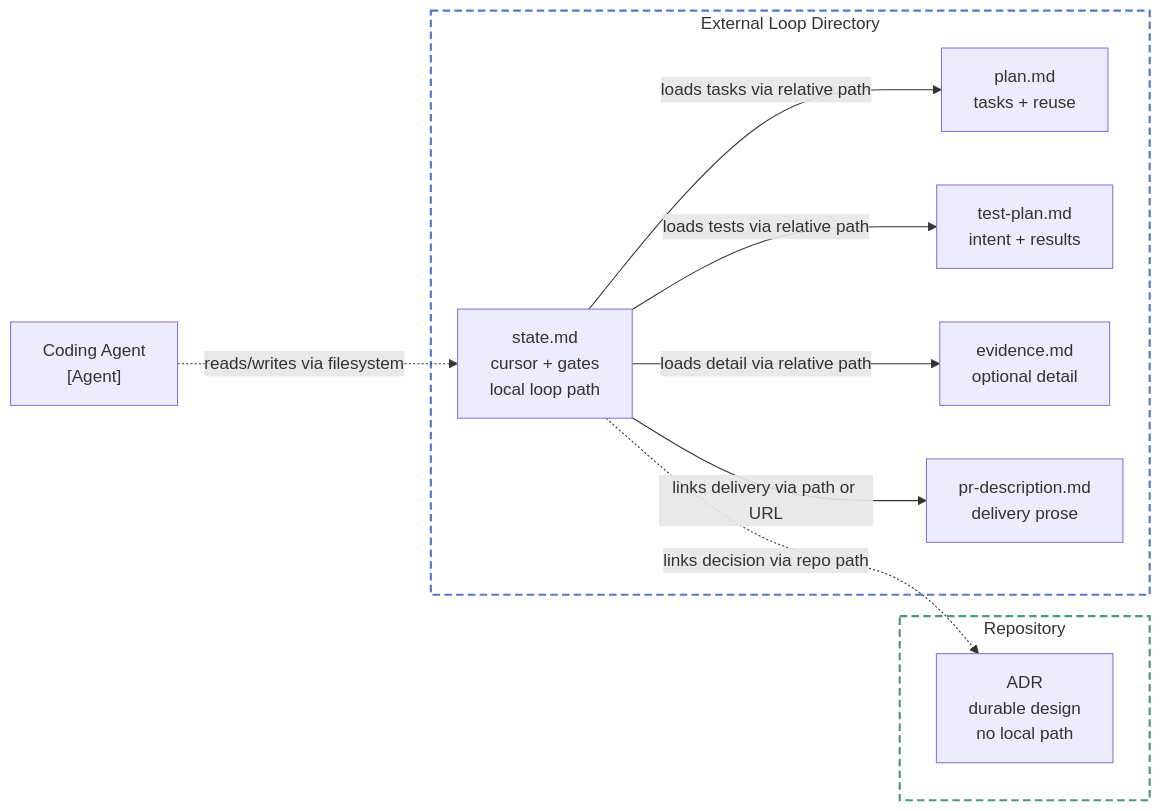
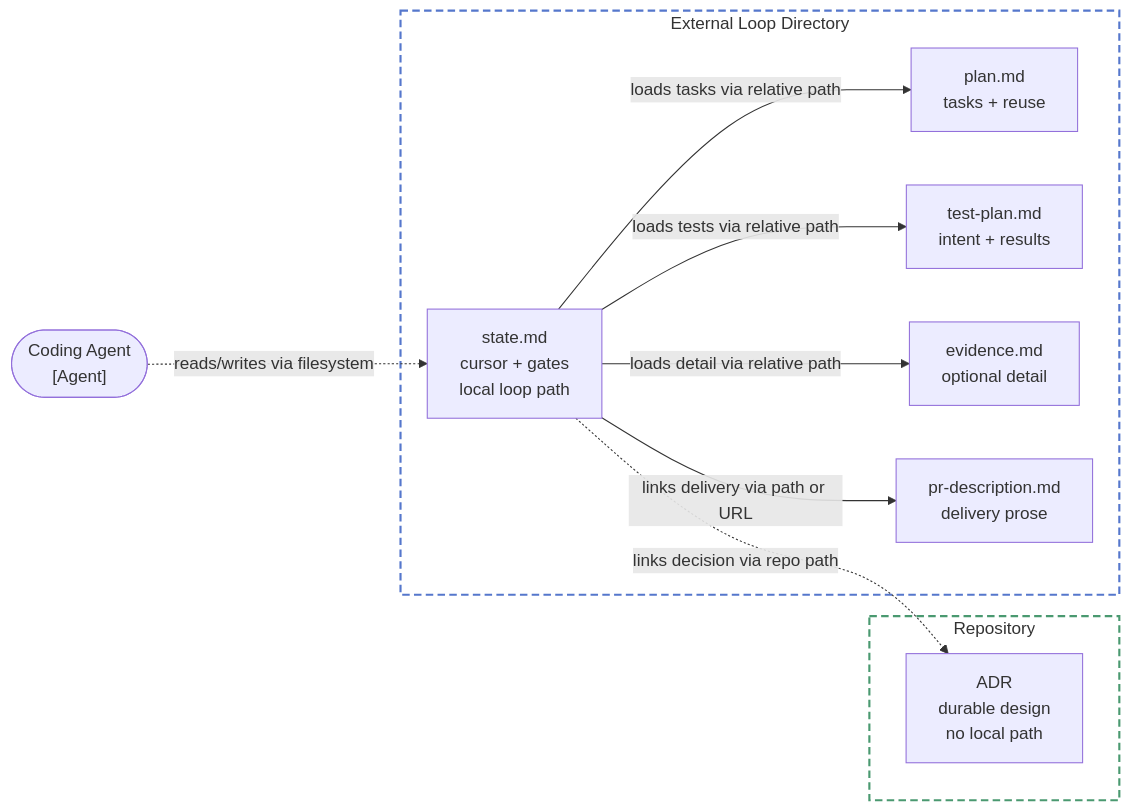
The diagram in docs/architecture-decisions/005-compact-loop-records.md (dej-h/ratchet), drawn with Mermaid before and after one commit. The commit also changed 2 other files, not shown here.

Commit message:
fix(validation): close state schema gaps

````diff
--- a/docs/architecture-decisions/005-compact-loop-records.md
+++ b/docs/architecture-decisions/005-compact-loop-records.md
@@ -157,34 +157,34 @@
 ```mermaid
 graph LR
-    Agent["Coding Agent<br/>[Agent]"]
+    Agent(["Coding Agent<br/>[Agent]"])
 
     subgraph loop["External Loop Directory"]
         State["state.md
         cursor + gates
         local loop path"]
         Plan["plan.md
         tasks + reuse"]
         Tests["test-plan.md
         intent + results"]
         Evidence["evidence.md
         optional detail"]
         Delivery["pr-description.md
         delivery prose"]
     end
 
     subgraph repo["Repository"]
         ADR["ADR
         durable design
         no local path"]
     end
 
     Agent -.->|"reads/writes via filesystem"| State
     State -->|"loads tasks via relative path"| Plan
     State -->|"loads tests via relative path"| Tests
     State -->|"loads detail via relative path"| Evidence
     State -->|"links delivery via path or URL"| Delivery
     State -.->|"links decision via repo path"| ADR
 
     style loop fill:none,stroke:#5577cc,stroke-width:2px,stroke-dasharray:7 4
     style repo fill:none,stroke:#4a9970,stroke-width:2px,stroke-dasharray:7 4
 ```
````
